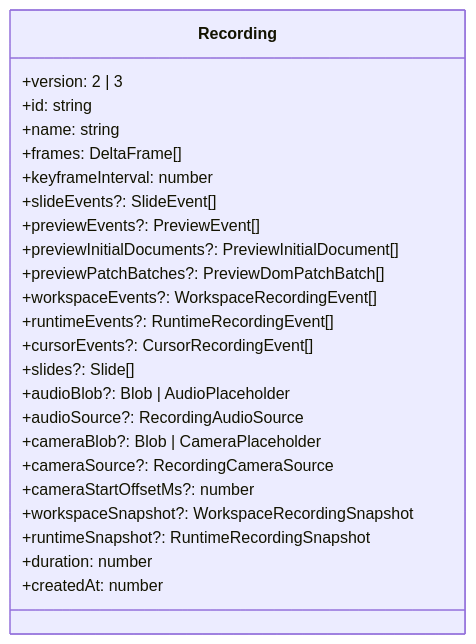
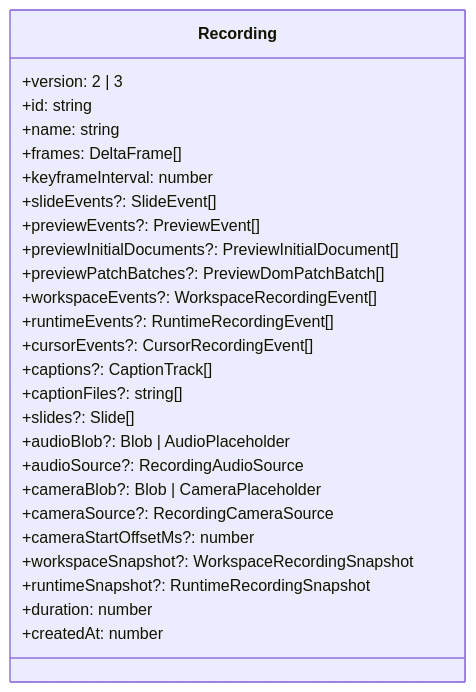
The first of 2 diagrams in docs/data-structures.md (channyeintun/next-editor), drawn with Mermaid before and after one commit. The commit also changed other lines of this file and 5 other files, not shown here.

````diff
--- a/docs/data-structures.md
+++ b/docs/data-structures.md
@@ -7,27 +7,29 @@
 ```mermaid
 classDiagram
     class Recording {
         +version: 2 | 3
         +id: string
         +name: string
         +frames: DeltaFrame[]
         +keyframeInterval: number
         +slideEvents?: SlideEvent[]
         +previewEvents?: PreviewEvent[]
         +previewInitialDocuments?: PreviewInitialDocument[]
         +previewPatchBatches?: PreviewDomPatchBatch[]
         +workspaceEvents?: WorkspaceRecordingEvent[]
         +runtimeEvents?: RuntimeRecordingEvent[]
         +cursorEvents?: CursorRecordingEvent[]
+        +captions?: CaptionTrack[]
+        +captionFiles?: string[]
         +slides?: Slide[]
         +audioBlob?: Blob | AudioPlaceholder
         +audioSource?: RecordingAudioSource
         +cameraBlob?: Blob | CameraPlaceholder
         +cameraSource?: RecordingCameraSource
         +cameraStartOffsetMs?: number
         +workspaceSnapshot?: WorkspaceRecordingSnapshot
         +runtimeSnapshot?: RuntimeRecordingSnapshot
         +duration: number
         +createdAt: number
     }
 ```
````
